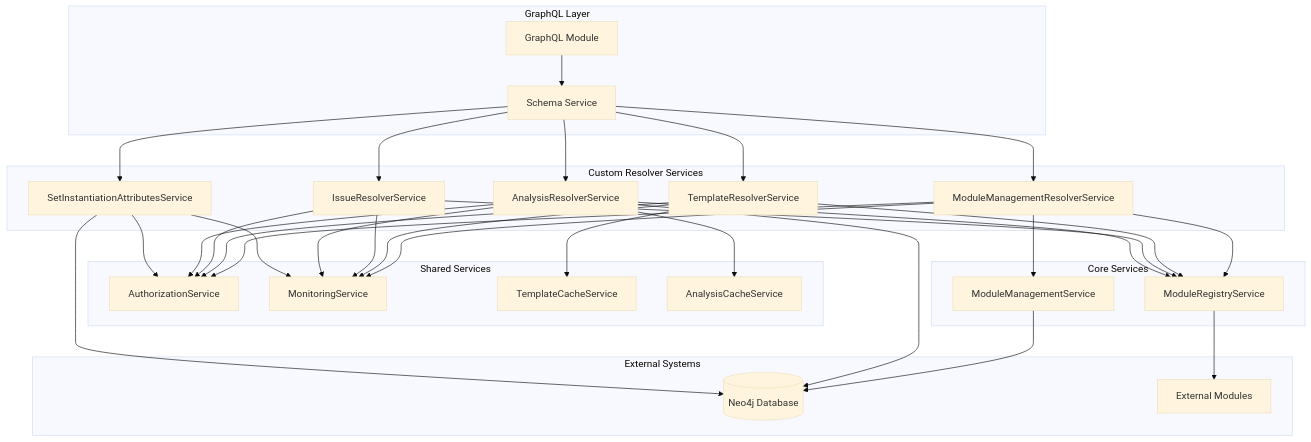
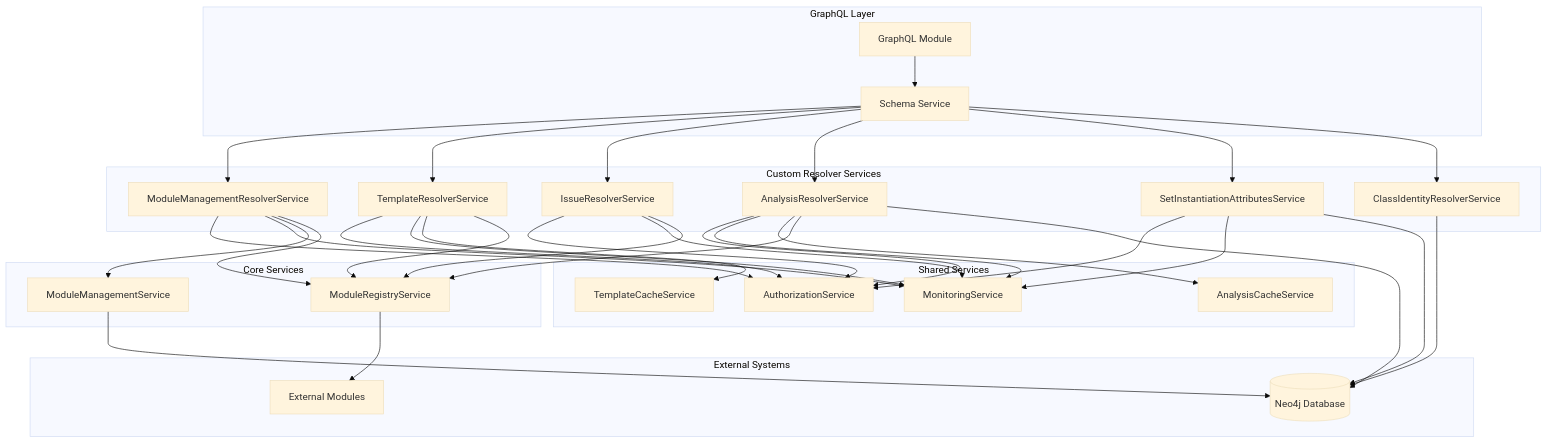
The diagram in docs/architecture/backend/LLD/CUSTOM_RESOLVER_SERVICES_DOCUMENTATION.md (dether-net/dethernety-oss), drawn with Mermaid (base theme) before and after one commit. The commit also changed other lines of this file and 10 other files, not shown here.

First line of the commit message:
docs: align architecture docs with class-identity feature (#124)

````diff
--- a/docs/architecture/backend/LLD/CUSTOM_RESOLVER_SERVICES_DOCUMENTATION.md
+++ b/docs/architecture/backend/LLD/CUSTOM_RESOLVER_SERVICES_DOCUMENTATION.md
@@ -9,66 +9,70 @@
 ```mermaid
 graph TB
     subgraph "GraphQL Layer"
         GQL[GraphQL Module]
         SCHEMA[Schema Service]
     end
 
     subgraph "Custom Resolver Services"
         MMR[ModuleManagementResolverService]
         TR[TemplateResolverService]
         IR[IssueResolverService]
         AR[AnalysisResolverService]
         SIAR[SetInstantiationAttributesService]
+        CIR[ClassIdentityResolverService]
     end
 
     subgraph "Shared Services"
         AUTH[AuthorizationService]
         MON[MonitoringService]
         TC[TemplateCacheService]
         AC[AnalysisCacheService]
     end
 
     subgraph "Core Services"
         MMS[ModuleManagementService]
         MRS[ModuleRegistryService]
     end
 
     subgraph "External Systems"
         NEO4J[(Neo4j Database)]
         MODULES[External Modules]
     end
 
     GQL --> SCHEMA
     SCHEMA --> MMR
     SCHEMA --> TR
     SCHEMA --> IR
     SCHEMA --> AR
     SCHEMA --> SIAR
+    SCHEMA --> CIR
 
     MMR --> AUTH
     MMR --> MON
     MMR --> MMS
     MMR --> MRS
 
     TR --> AUTH
     TR --> MON
     TR --> TC
     TR --> MRS
 
     IR --> AUTH
     IR --> MON
     IR --> MRS
 
     AR --> AUTH
     AR --> MON
     AR --> AC
     AR --> MRS
 
     SIAR --> AUTH
     SIAR --> MON
 
+    CIR --> NEO4J
+
     MMS --> NEO4J
     MRS --> MODULES
     AR --> NEO4J
     SIAR --> NEO4J
 ```
````
